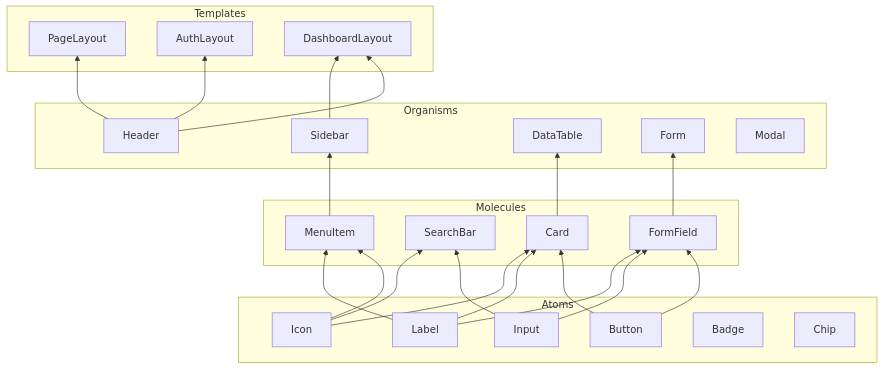
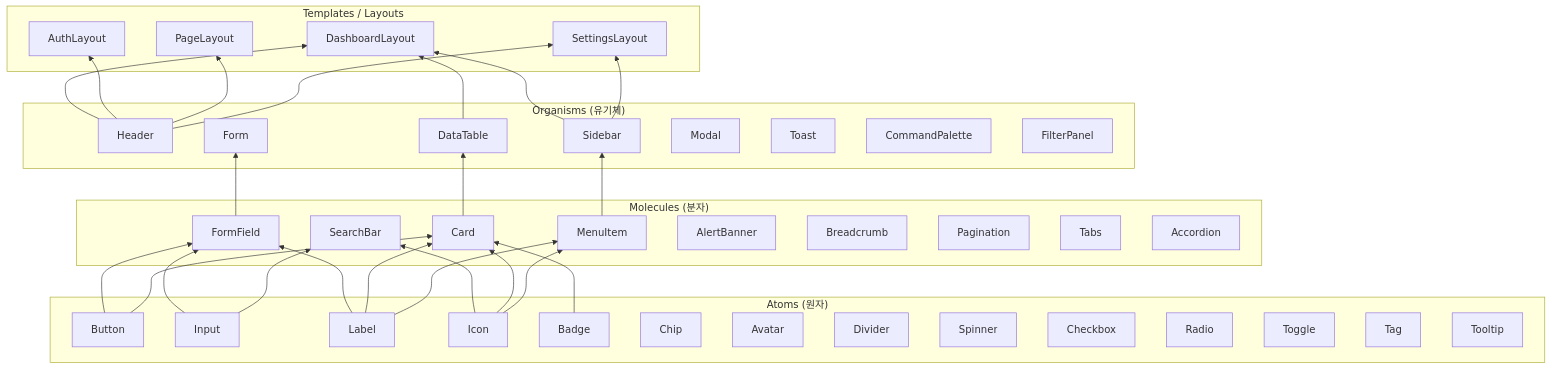
One commit to upleat-ax/u-maker-plugin changed the third of 5 diagrams in templates/02-design/2_DesignSystem_UX.template.md. Above: the diagram before and after it, drawn with Mermaid. The commit also changed other lines of this file and 29 other files, not shown here.

````diff
--- a/templates/02-design/2_DesignSystem_UX.template.md
+++ b/templates/02-design/2_DesignSystem_UX.template.md
@@ -106,43 +374,61 @@
 ```mermaid
 flowchart BT
-    subgraph Atoms
+    subgraph Atoms["Atoms (원자)"]
         A1[Button]
         A2[Input]
         A3[Label]
         A4[Icon]
         A5[Badge]
         A6[Chip]
+        A7[Avatar]
+        A8[Divider]
+        A9[Spinner]
+        A10[Checkbox]
+        A11[Radio]
+        A12[Toggle]
+        A13[Tag]
+        A14[Tooltip]
     end
 
-    subgraph Molecules
+    subgraph Molecules["Molecules (분자)"]
         M1[FormField]
         M2[SearchBar]
         M3[Card]
         M4[MenuItem]
+        M5[AlertBanner]
+        M6[Breadcrumb]
+        M7[Pagination]
+        M8[Tabs]
+        M9[Accordion]
     end
 
-    subgraph Organisms
+    subgraph Organisms["Organisms (유기체)"]
         O1[Header]
         O2[Sidebar]
         O3[DataTable]
         O4[Form]
         O5[Modal]
+        O6[Toast]
+        O7[CommandPalette]
+        O8[FilterPanel]
     end
 
-    subgraph Templates
+    subgraph Templates["Templates / Layouts"]
         T1[PageLayout]
         T2[AuthLayout]
         T3[DashboardLayout]
+        T4[SettingsLayout]
     end
 
     A1 & A2 & A3 --> M1
     A2 & A4 --> M2
-    A1 & A3 & A4 --> M3
+    A1 & A3 & A4 & A5 --> M3
     A4 & A3 --> M4
-    M4 --> O2
     M1 --> O4
     M3 --> O3
-    O1 & O2 --> T3
+    M4 --> O2
+    O1 & O2 & O3 --> T3
     O1 --> T2
     O1 --> T1
+    O1 & O2 --> T4
 ```
````
